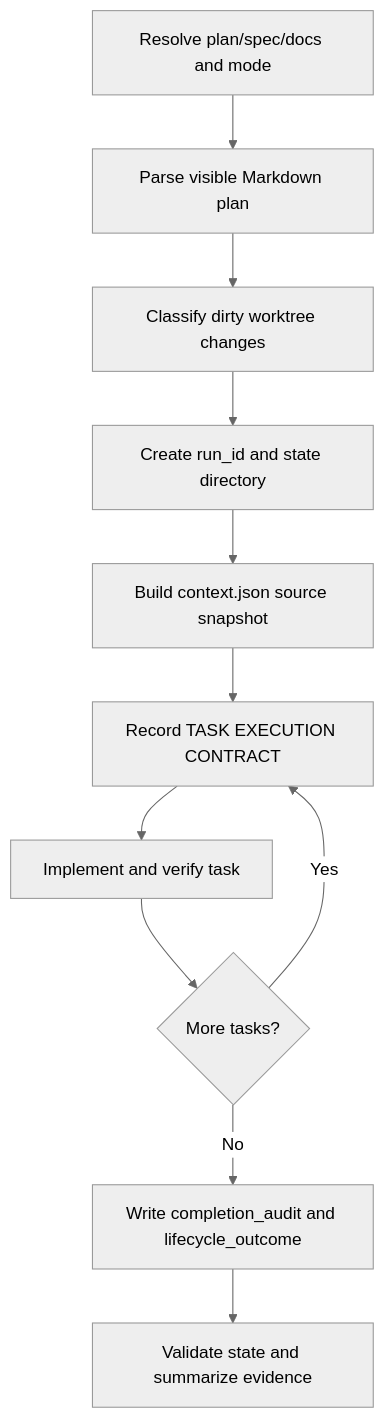
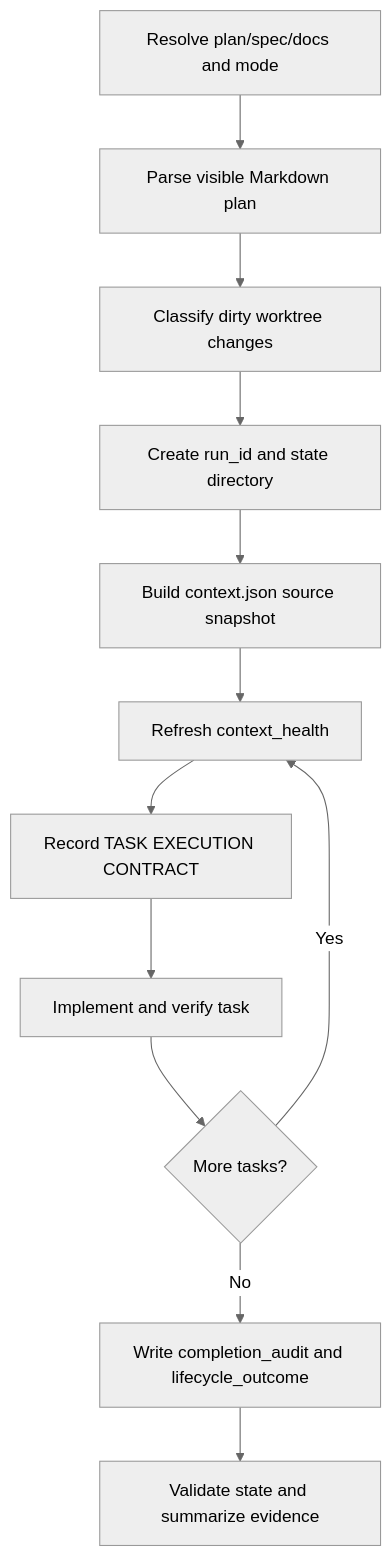
The diagram in skills/kws-codex-plan-executor/README.md (beyondwin/Archive), drawn with Mermaid (neutral theme) before and after one commit. The commit also changed other lines of this file and 25 other files, not shown here.

Commit message:
feat: track codex executor context health

````diff
--- a/skills/kws-codex-plan-executor/README.md
+++ b/skills/kws-codex-plan-executor/README.md
@@ -75,13 +76,14 @@
 ```mermaid
 flowchart TD
   A["Resolve plan/spec/docs and mode"] --> B["Parse visible Markdown plan"]
   B --> C["Classify dirty worktree changes"]
   C --> D["Create run_id and state directory"]
   D --> E["Build context.json source snapshot"]
-  E --> F["Record TASK EXECUTION CONTRACT"]
-  F --> G["Implement and verify task"]
-  G --> H{"More tasks?"}
-  H -- Yes --> F
-  H -- No --> I["Write completion_audit and lifecycle_outcome"]
-  I --> J["Validate state and summarize evidence"]
+  E --> F["Refresh context_health"]
+  F --> G["Record TASK EXECUTION CONTRACT"]
+  G --> H["Implement and verify task"]
+  H --> I{"More tasks?"}
+  I -- Yes --> F
+  I -- No --> J["Write completion_audit and lifecycle_outcome"]
+  J --> K["Validate state and summarize evidence"]
 ```
````
